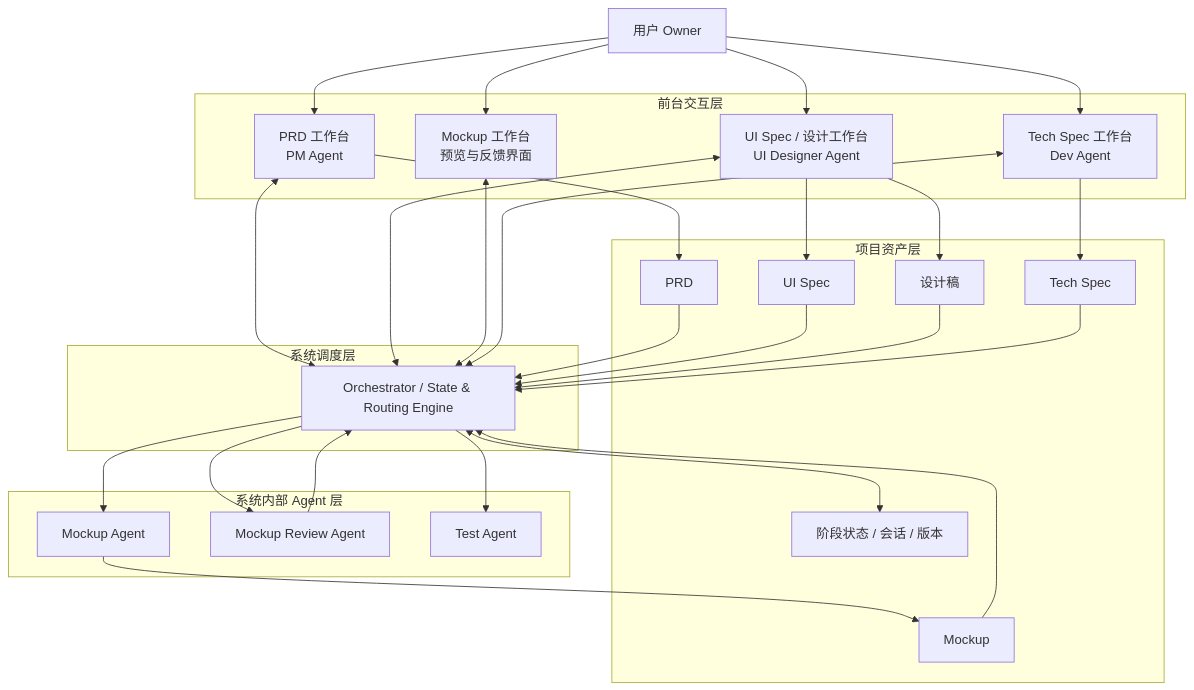
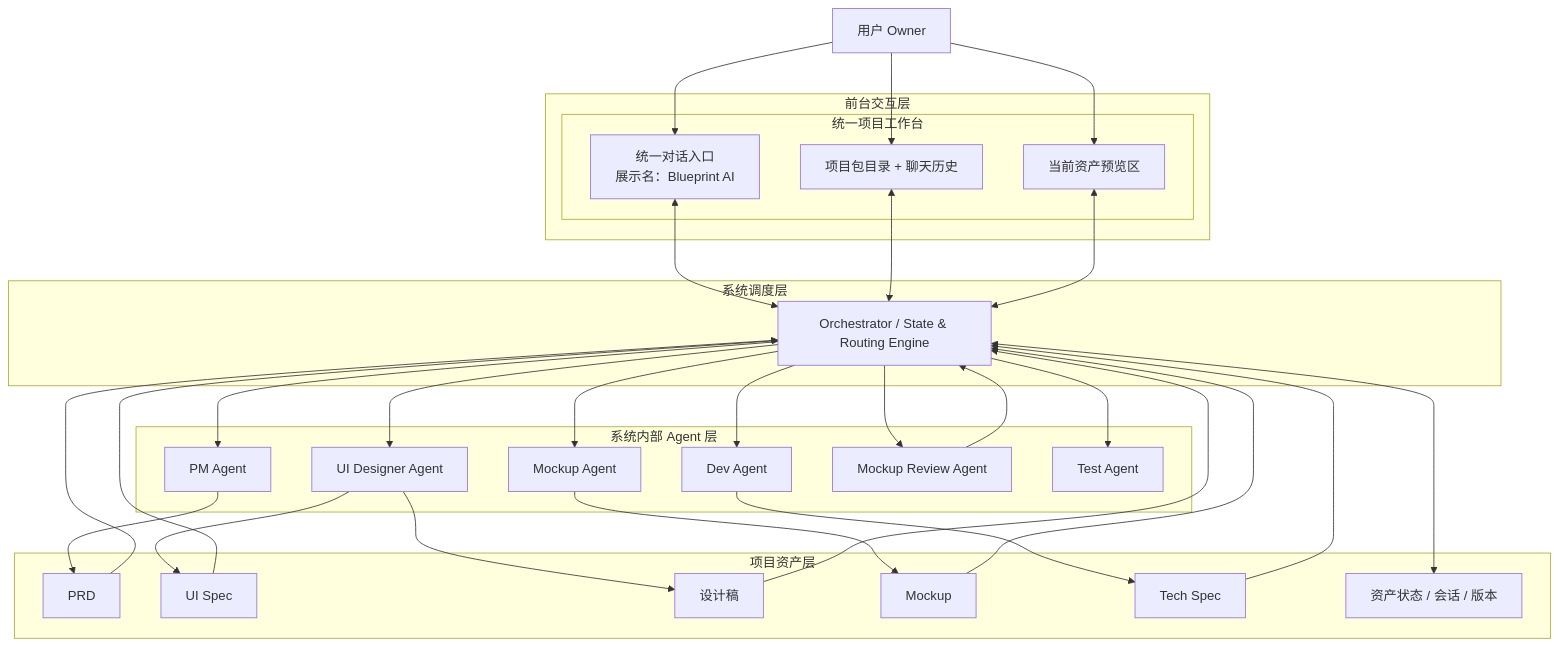
One commit to Jacobgxd/57Block_MVP_Builder changed the first of 9 diagrams in .blueprint/PRD_V1.md. Above: the diagram before and after it, drawn with Mermaid. The commit also changed other lines of this file and 11 other files, not shown here.

````diff
--- a/.blueprint/PRD_V1.md
+++ b/.blueprint/PRD_V1.md
@@ -131,59 +138,63 @@
 ```mermaid
 flowchart TB
     U[用户 Owner]
 
     subgraph FE[前台交互层]
-        PRDUI[PRD 工作台<br/>PM Agent]
-        UISUI[UI Spec / 设计工作台<br/>UI Designer Agent]
-        MOCKUI[Mockup 工作台<br/>预览与反馈界面]
-        DEVUI[Tech Spec 工作台<br/>Dev Agent]
+        subgraph WB[统一项目工作台]
+            NAV[项目包目录 + 聊天历史]
+            CHAT[统一对话入口<br/>展示名：Blueprint AI]
+            PREV[当前资产预览区]
+        end
     end
 
     subgraph ORCH[系统调度层]
         ORC[Orchestrator / State & Routing Engine]
     end
 
     subgraph AGENTS[系统内部 Agent 层]
+        PM[PM Agent]
+        UID[UI Designer Agent]
+        DEV[Dev Agent]
         MKA[Mockup Agent]
         MRA[Mockup Review Agent]
         TSA[Test Agent]
     end
 
     subgraph ASSETS[项目资产层]
         PRD[PRD]
         UIS[UI Spec]
         DSG[设计稿]
         MCK[Mockup]
         TEC[Tech Spec]
-        ST[阶段状态 / 会话 / 版本]
+        ST[资产状态 / 会话 / 版本]
     end
 
-    U --> PRDUI
-    U --> UISUI
-    U --> MOCKUI
-    U --> DEVUI
+    U --> NAV
+    U --> CHAT
+    U --> PREV
 
-    PRDUI <--> ORC
-    UISUI <--> ORC
-    MOCKUI <--> ORC
-    DEVUI <--> ORC
+    CHAT <--> ORC
+    NAV <--> ORC
+    PREV <--> ORC
 
+    ORC --> PM
+    ORC --> UID
+    ORC --> DEV
     ORC --> MKA
     ORC --> MRA
     ORC --> TSA
 
-    PRDUI --> PRD
-    UISUI --> UIS
-    UISUI --> DSG
-    DEVUI --> TEC
-
+    PM --> PRD
+    UID --> UIS
+    UID --> DSG
+    DEV --> TEC
     MKA --> MCK
     MRA --> ORC
     ORC <--> ST
 
     PRD --> ORC
     UIS --> ORC
     DSG --> ORC
     MCK --> ORC
     TEC --> ORC
 ```
````
